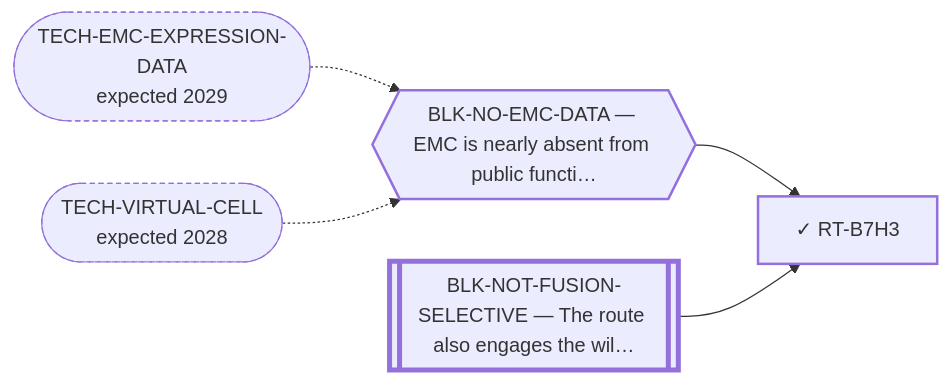
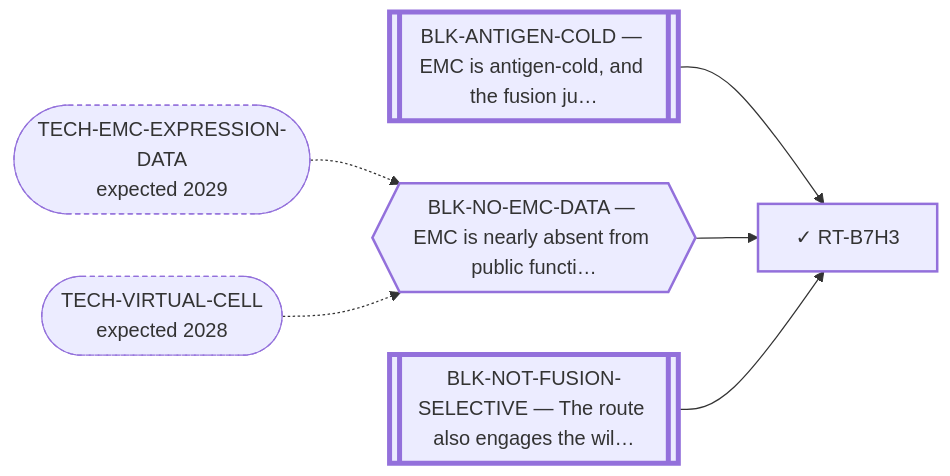
Before and after one commit to trimcrae/Rare-cancers: the diagram in systems/views/L2-rt-b7h3.md, drawn with Mermaid. The commit also changed other lines of this file and 27 other files, not shown here.

````diff
--- a/systems/views/L2-rt-b7h3.md
+++ b/systems/views/L2-rt-b7h3.md
@@ -27,16 +27,18 @@
 ```mermaid
 flowchart LR
   RT_B7H3["✓ RT-B7H3"]:::fam
+  BLK_ANTIGEN_COLD[["BLK-ANTIGEN-COLD — EMC is antigen-cold, and the fusion ju…"]]:::perm
+  BLK_ANTIGEN_COLD --> RT_B7H3
   BLK_NO_EMC_DATA{{"BLK-NO-EMC-DATA — EMC is nearly absent from public functi…"}}:::blk
   BLK_NO_EMC_DATA --> RT_B7H3
   TECH_EMC_EXPRESSION_DATA(["TECH-EMC-EXPRESSION-DATA<br/>expected 2029"]):::tech
   TECH_EMC_EXPRESSION_DATA -.-> BLK_NO_EMC_DATA
   TECH_VIRTUAL_CELL(["TECH-VIRTUAL-CELL<br/>expected 2028"]):::tech
   TECH_VIRTUAL_CELL -.-> BLK_NO_EMC_DATA
   BLK_NOT_FUSION_SELECTIVE[["BLK-NOT-FUSION-SELECTIVE — The route also engages the wil…"]]:::perm
   BLK_NOT_FUSION_SELECTIVE --> RT_B7H3
   classDef fam stroke-width:2px;
   classDef blk stroke-width:2px;
   classDef perm stroke-width:4px;
   classDef tech stroke-width:1px,stroke-dasharray:4 3;
 ```
````
